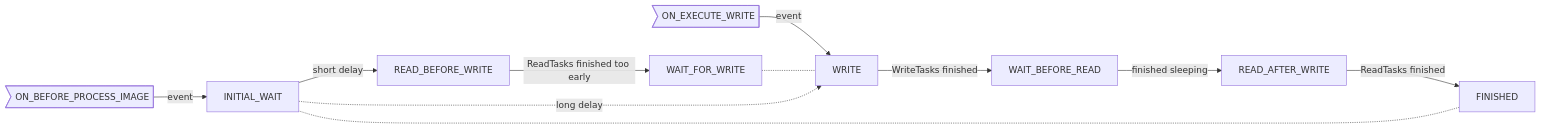
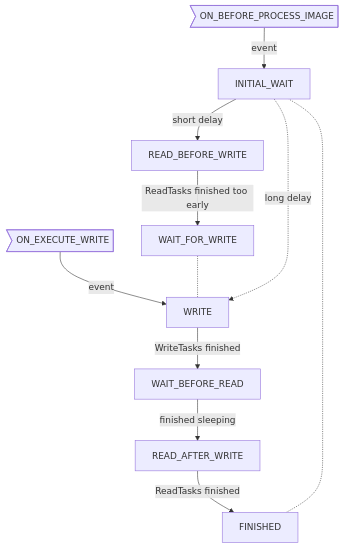
Before and after one commit to OpenEMS/openems: the diagram in io.openems.edge.bridge.modbus/doc/statemachine.md, drawn with Mermaid. The commit also changed 9 other files, not shown here.

````diff
--- a/io.openems.edge.bridge.modbus/doc/statemachine.md
+++ b/io.openems.edge.bridge.modbus/doc/statemachine.md
@@ -3,19 +3,19 @@
 ```mermaid
-graph LR
+graph TD
 ON_BEFORE_PROCESS_IMAGE>ON_BEFORE_PROCESS_IMAGE]
 ON_EXECUTE_WRITE>ON_EXECUTE_WRITE]
 
 ON_EXECUTE_WRITE -->|event| WRITE
 INITIAL_WAIT -->|short delay| READ_BEFORE_WRITE
 READ_BEFORE_WRITE -->|ReadTasks finished too early| WAIT_FOR_WRITE
 WAIT_FOR_WRITE -.- WRITE
 
 INITIAL_WAIT -.->|long delay| WRITE
 
 WRITE -->|WriteTasks finished| WAIT_BEFORE_READ
 WAIT_BEFORE_READ -->|finished sleeping| READ_AFTER_WRITE
 READ_AFTER_WRITE -->|ReadTasks finished| FINISHED
 
 ON_BEFORE_PROCESS_IMAGE -->|event| INITIAL_WAIT
 FINISHED -.- INITIAL_WAIT
 ```
````
